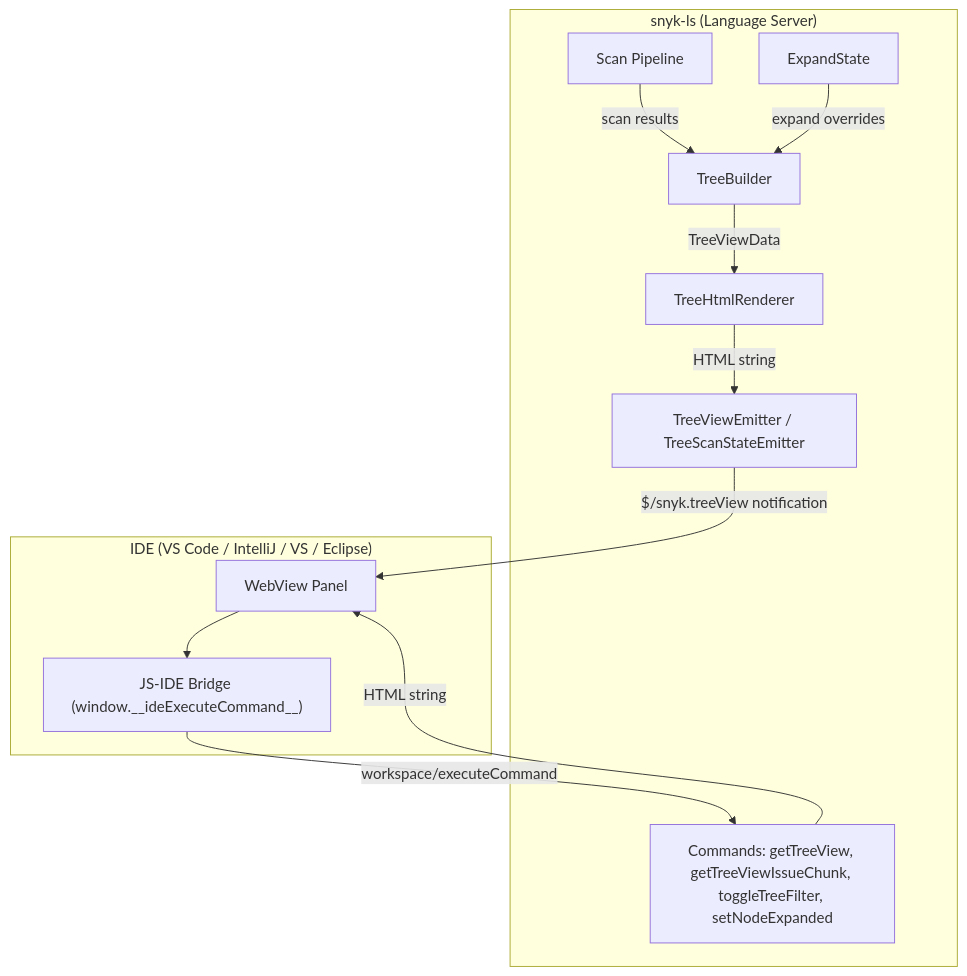
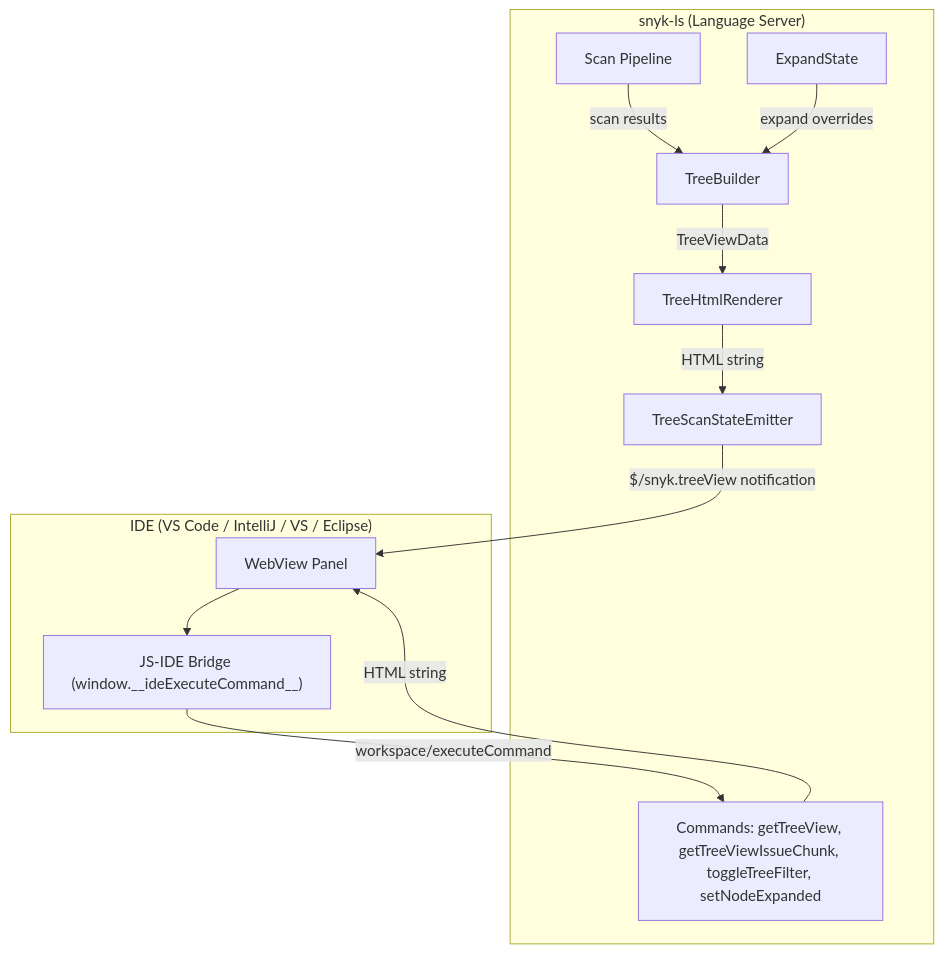
One commit to snyk/snyk-ls changed the first of 4 diagrams in docs/tree-view.md. Above: the diagram before and after it, drawn with Mermaid. The commit also changed other lines of this file and 21 other files, not shown here.

````diff
--- a/docs/tree-view.md
+++ b/docs/tree-view.md
@@ -7,25 +7,25 @@
 ```mermaid
 graph TB
     subgraph LS["snyk-ls (Language Server)"]
         SC[Scan Pipeline]
         TB[TreeBuilder]
         TR[TreeHtmlRenderer]
-        TE[TreeViewEmitter / TreeScanStateEmitter]
+        TE[TreeScanStateEmitter]
         ES[ExpandState]
         CMD[Commands: getTreeView, getTreeViewIssueChunk, toggleTreeFilter, setNodeExpanded]
     end
 
     subgraph IDE["IDE (VS Code / IntelliJ / VS / Eclipse)"]
         WV[WebView Panel]
         BR["JS-IDE Bridge (window.__ideExecuteCommand__)"]
     end
 
     SC -->|scan results| TB
     ES -->|expand overrides| TB
     TB -->|TreeViewData| TR
     TR -->|HTML string| TE
     TE -->|"$/snyk.treeView notification"| WV
     CMD -->|HTML string| WV
     WV --> BR
     BR -->|"workspace/executeCommand"| CMD
 ```
````
